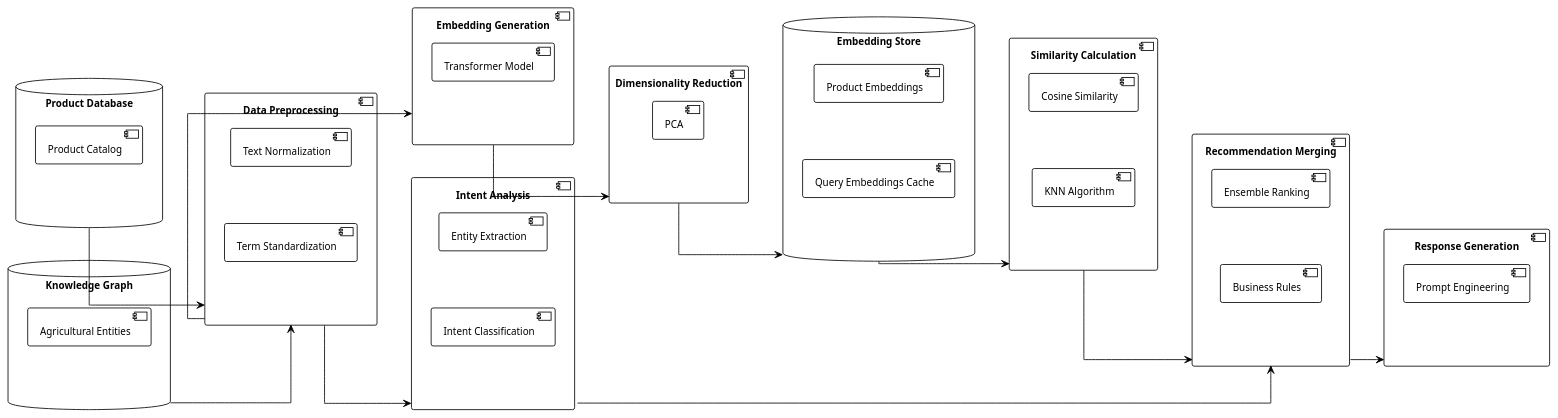
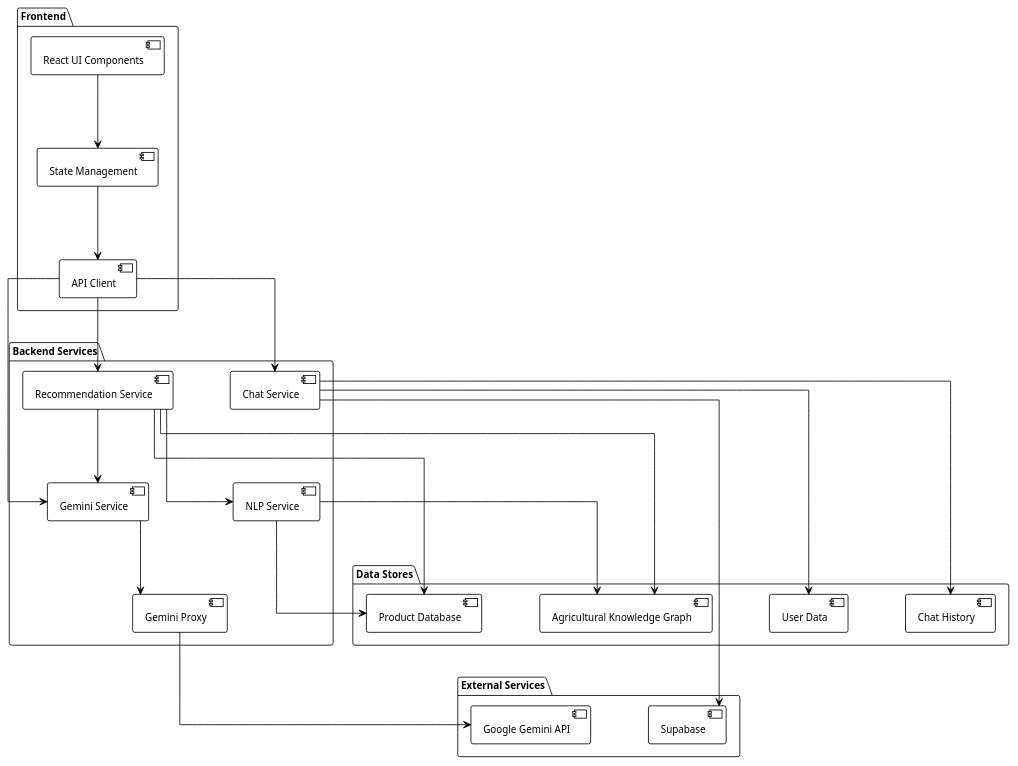
One commit to Gauravkrsah/Cropsay changed the seventh of 7 diagrams in documentation/alldigram.md. Above: the diagram before and after it, drawn with PlantUML. The commit also changed other lines of this file, not shown here.

Commit message:
Add additional diagrams including State, Sequence, Activity, Refinement of Classes, and Component diagrams

````diff
--- a/documentation/alldigram.md
+++ b/documentation/alldigram.md
@@ -305,77 +506,65 @@
 ```plantuml
-@startuml Data Pipeline
+@startuml Component Diagram
 !theme plain
 skinparam monochrome true
 skinparam shadowing false
 skinparam defaultFontName Arial
 skinparam defaultFontSize 12
 skinparam backgroundColor white
-skinparam DatabaseBackgroundColor white
-skinparam DatabaseBorderColor black
 skinparam ComponentBackgroundColor white
 skinparam ComponentBorderColor black
+skinparam PackageBackgroundColor white
+skinparam PackageBorderColor black
 skinparam ArrowColor black
 skinparam linetype ortho
 skinparam nodesep 70
 skinparam ranksep 90
 
-left to right direction
-
-database "Product Database" as ProductDB {
-  [Product Catalog] as Catalog
+package "Frontend" {
+  [React UI Components] as UI
+  [State Management] as State
+  [API Client] as APIClient
 }
 
-database "Knowledge Graph" as KnowledgeGraph {
-  [Agricultural Entities] as Entities
+package "Backend Services" {
+  [Gemini Service] as GeminiService
+  [Gemini Proxy] as GeminiProxy
+  [Recommendation Service] as RecommendationService
+  [Chat Service] as ChatService
+  [NLP Service] as NLPService
 }
 
-component "Data Preprocessing" as Preprocessing {
-  [Text Normalization] as Normalization
-  [Term Standardization] as TermStandardization
+package "External Services" {
+  [Google Gemini API] as GeminiAPI
+  [Supabase] as Supabase
 }
 
-component "Embedding Generation" as EmbeddingGen {
-  [Transformer Model] as TransformerModel
+package "Data Stores" {
+  [Product Database] as ProductDB
+  [Agricultural Knowledge Graph] as KnowledgeGraph
+  [User Data] as UserData
+  [Chat History] as ChatHistory
 }
 
-component "Dimensionality Reduction" as DimReduction {
-  [PCA] as PCA
-}
+UI --> State
+State --> APIClient
+APIClient --> GeminiService
+APIClient --> RecommendationService
+APIClient --> ChatService
 
-database "Embedding Store" as EmbeddingStore {
-  [Product Embeddings] as ProductEmbeddings
-  [Query Embeddings Cache] as QueryCache
-}
+GeminiService --> GeminiProxy
+GeminiProxy --> GeminiAPI
+RecommendationService --> GeminiService
+RecommendationService --> NLPService
+RecommendationService --> ProductDB
+RecommendationService --> KnowledgeGraph
 
-component "Similarity Calculation" as SimilarityCalc {
-  [Cosine Similarity] as CosineSimilarity
-  [KNN Algorithm] as KNN
-}
+NLPService --> ProductDB
+NLPService --> KnowledgeGraph
 
-component "Intent Analysis" as IntentAnalysis {
-  [Entity Extraction] as EntityExtraction
-  [Intent Classification] as IntentClassification
-}
-
-component "Recommendation Merging" as RecMerging {
-  [Ensemble Ranking] as EnsembleRanking
-  [Business Rules] as BusinessRules
-}
-
-component "Response Generation" as ResponseGen {
-  [Prompt Engineering] as PromptEngineering
-}
-
-ProductDB --> Preprocessing
-KnowledgeGraph --> Preprocessing
-Preprocessing --> EmbeddingGen
-EmbeddingGen --> DimReduction
-DimReduction --> EmbeddingStore
-EmbeddingStore --> SimilarityCalc
-Preprocessing --> IntentAnalysis
-SimilarityCalc --> RecMerging
-IntentAnalysis --> RecMerging
-RecMerging --> ResponseGen
+ChatService --> Supabase
+ChatService --> UserData
+ChatService --> ChatHistory
 
 @enduml
 ```
````
